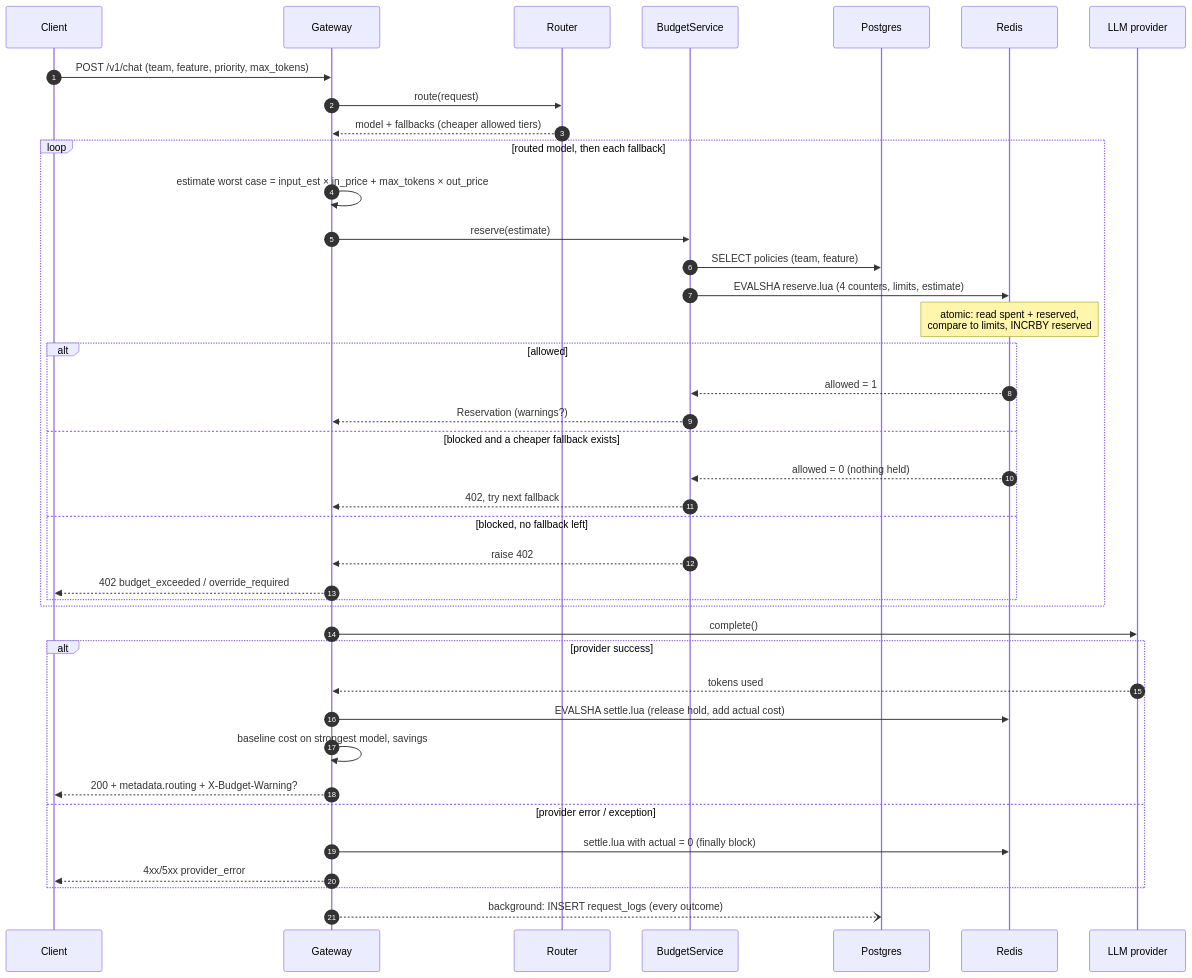
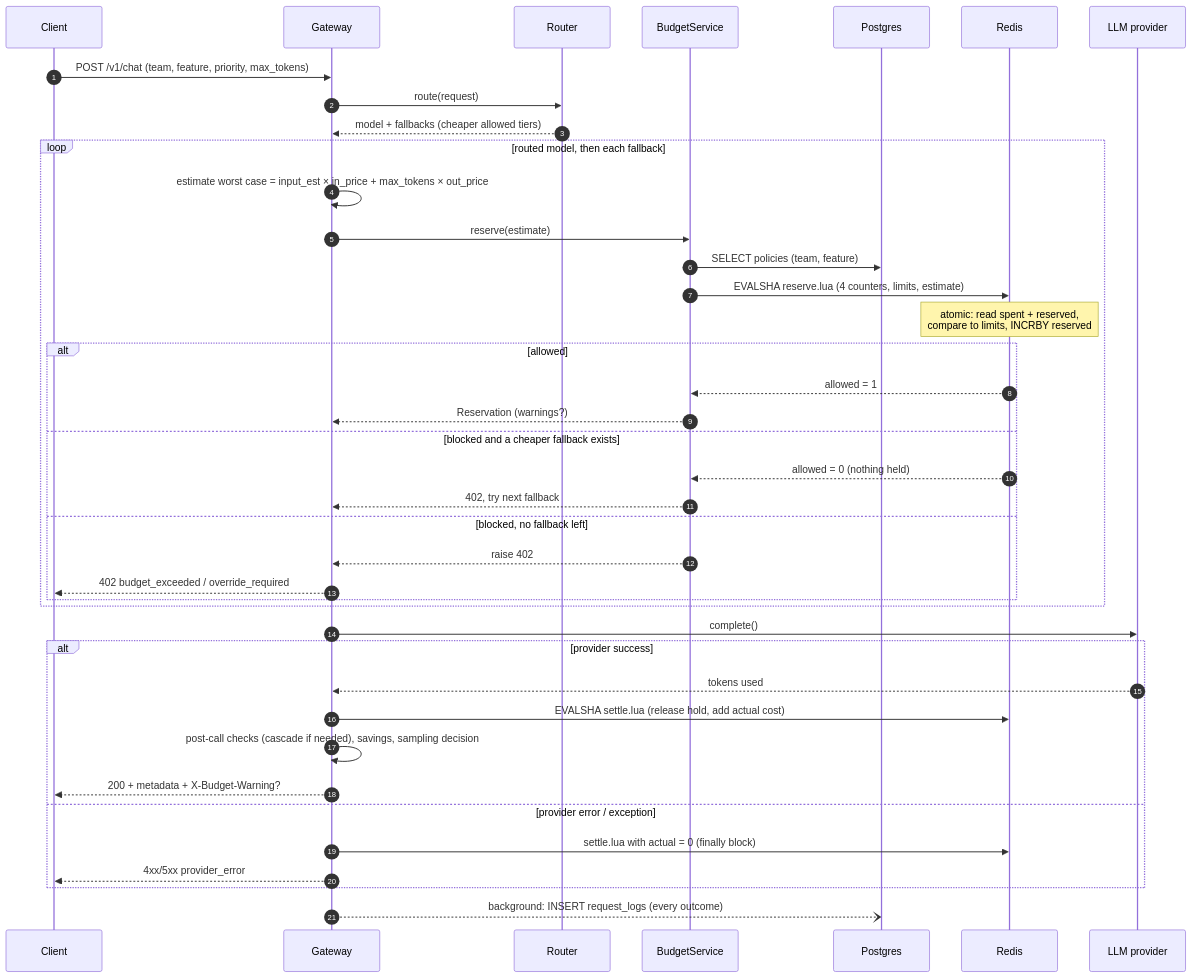
Before and after one commit to Abhigyanv23/llm-spend-control: the fourth of 5 diagrams in docs/architecture.md, drawn with Mermaid. The commit also changed other lines of this file and 45 other files, not shown here.

````diff
--- a/docs/architecture.md
+++ b/docs/architecture.md
@@ -94,43 +132,43 @@
 ```mermaid
 sequenceDiagram
     autonumber
     participant C as Client
     participant G as Gateway
     participant RT as Router
     participant B as BudgetService
     participant P as Postgres
     participant R as Redis
     participant L as LLM provider
 
     C->>G: POST /v1/chat (team, feature, priority, max_tokens)
     G->>RT: route(request)
     RT-->>G: model + fallbacks (cheaper allowed tiers)
     loop routed model, then each fallback
         G->>G: estimate worst case = input_est × in_price + max_tokens × out_price
         G->>B: reserve(estimate)
         B->>P: SELECT policies (team, feature)
         B->>R: EVALSHA reserve.lua (4 counters, limits, estimate)
         Note over R: atomic: read spent + reserved,<br/>compare to limits, INCRBY reserved
         alt allowed
             R-->>B: allowed = 1
             B-->>G: Reservation (warnings?)
         else blocked and a cheaper fallback exists
             R-->>B: allowed = 0 (nothing held)
             B-->>G: 402, try next fallback
         else blocked, no fallback left
             B-->>G: raise 402
             G-->>C: 402 budget_exceeded / override_required
         end
     end
     G->>L: complete()
     alt provider success
         L-->>G: tokens used
         G->>R: EVALSHA settle.lua (release hold, add actual cost)
-        G->>G: baseline cost on strongest model, savings
-        G-->>C: 200 + metadata.routing + X-Budget-Warning?
+        G->>G: post-call checks (cascade if needed), savings, sampling decision
+        G-->>C: 200 + metadata + X-Budget-Warning?
     else provider error / exception
         G->>R: settle.lua with actual = 0 (finally block)
         G-->>C: 4xx/5xx provider_error
     end
     G--)P: background: INSERT request_logs (every outcome)
 ```
````
